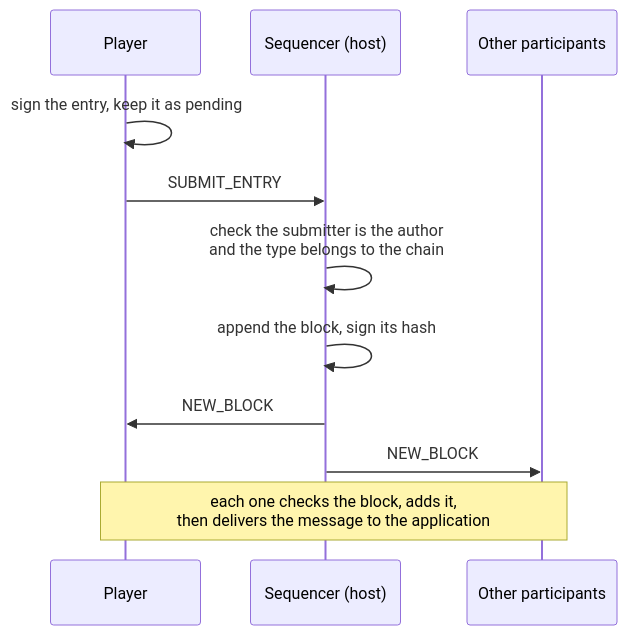
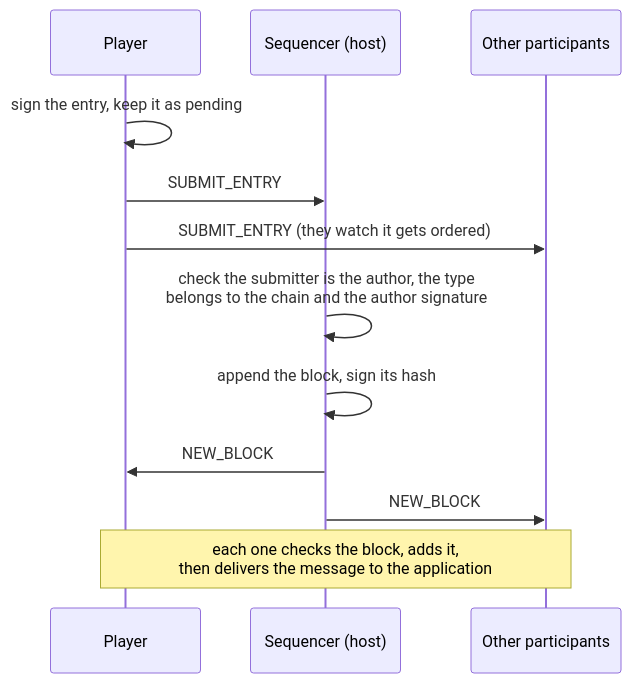
The second of 3 diagrams in documentation/blockchain-and-anti-cheat.md (Steins-fr/synchronous-chess), drawn with Mermaid before and after one commit. The commit also changed other lines of this file and 1 other file, not shown here.

````diff
--- a/documentation/blockchain-and-anti-cheat.md
+++ b/documentation/blockchain-and-anti-cheat.md
@@ -110,13 +119,14 @@
 ```mermaid
 sequenceDiagram
     participant P as Player
     participant S as Sequencer (host)
     participant O as Other participants
     P->>P: sign the entry, keep it as pending
     P->>S: SUBMIT_ENTRY
-    S->>S: check the submitter is the author<br/>and the type belongs to the chain
+    P->>O: SUBMIT_ENTRY (they watch it gets ordered)
+    S->>S: check the submitter is the author, the type<br/>belongs to the chain and the author signature
     S->>S: append the block, sign its hash
     S->>P: NEW_BLOCK
     S->>O: NEW_BLOCK
     Note over P,O: each one checks the block, adds it,<br/>then delivers the message to the application
 ```
````
